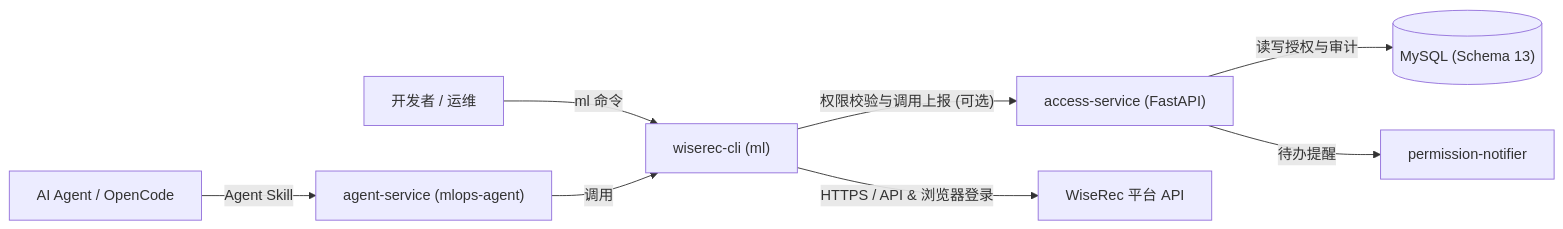
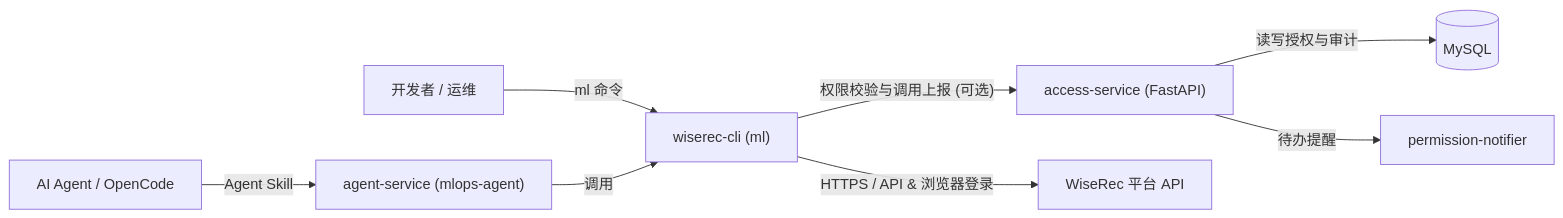
Before and after one commit to mossexplore/platform-cli: the diagram in README.md, drawn with Mermaid. The commit also changed other lines of this file and 16 other files, not shown here.

````diff
--- a/README.md
+++ b/README.md
@@ -31,12 +31,12 @@
 ```mermaid
 flowchart LR
     User["开发者 / 运维"] -->|"ml 命令"| CLI["wiserec-cli (ml)"]
     Agent["AI Agent / OpenCode"] -->|"Agent Skill"| AgentSvc["agent-service (mlops-agent)"]
     AgentSvc -->|"调用"| CLI
 
     CLI -->|"权限校验与调用上报 (可选)"| Access["access-service (FastAPI)"]
-    Access -->|"读写授权与审计"| DB[("MySQL (Schema 13)")]
+    Access -->|"读写授权与审计"| DB[("MySQL")]
     Access -->|"待办提醒"| Notifier["permission-notifier"]
 
     CLI -->|"HTTPS / API & 浏览器登录"| Platform["WiseRec 平台 API"]
 ```
````
